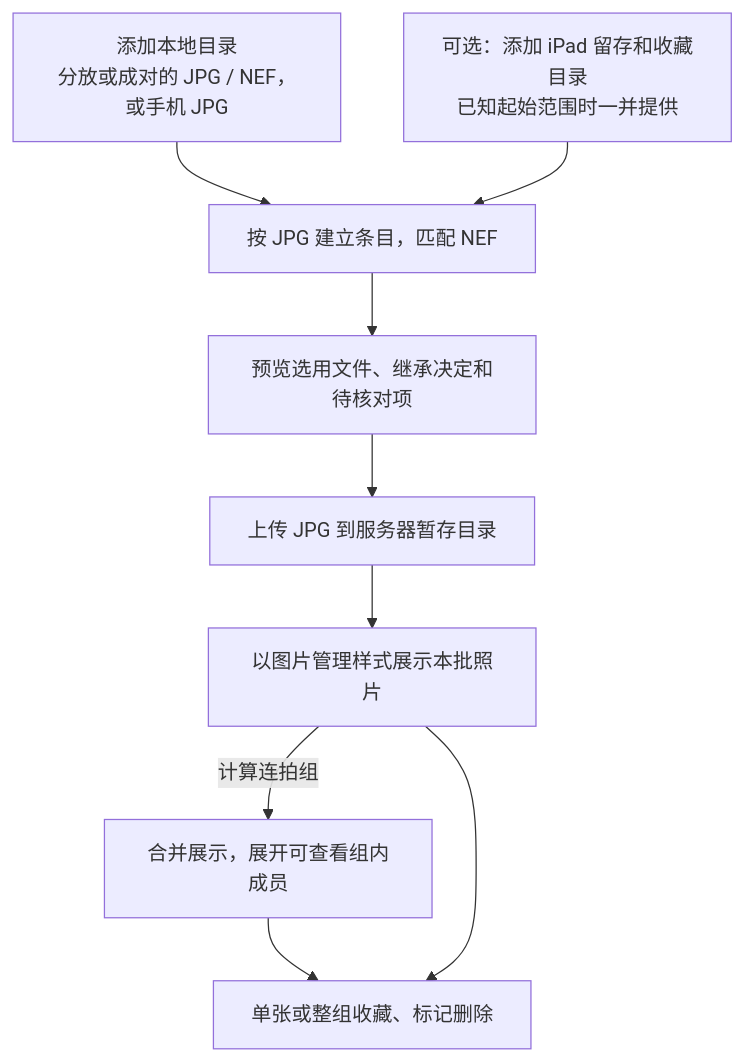
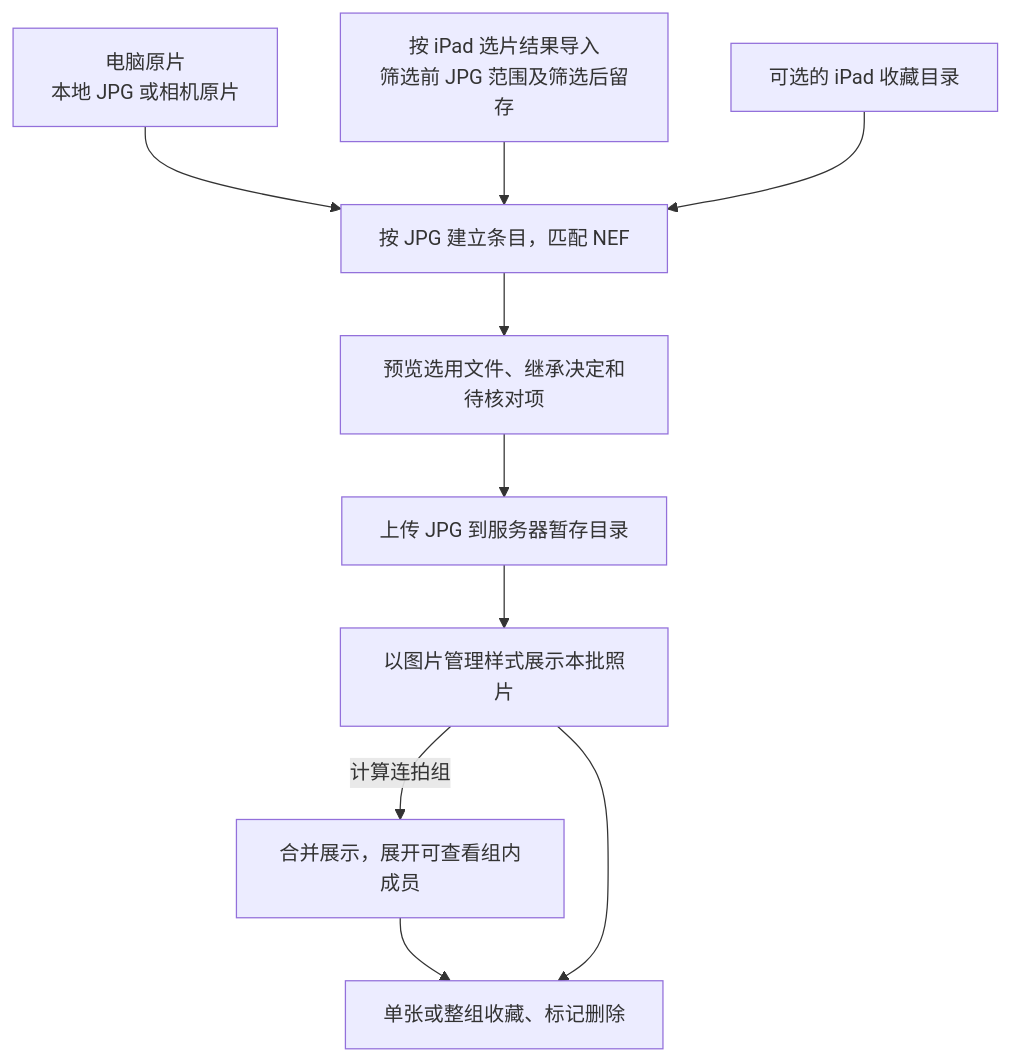
The first of 4 diagrams in docs/design-docs/2026-11-13-1-autocull-import-design.md (pancake-lee/photo-agent), drawn with Mermaid before and after one commit. The commit also changed other lines of this file and 7 other files, not shown here.

````diff
--- a/docs/design-docs/2026-11-13-1-autocull-import-design.md
+++ b/docs/design-docs/2026-11-13-1-autocull-import-design.md
@@ -14,11 +14,12 @@
 ```mermaid
 flowchart TD
-    A["添加本地目录<br/>分放或成对的 JPG / NEF，或手机 JPG"] --> B["按 JPG 建立条目，匹配 NEF"]
-    I["可选：添加 iPad 留存和收藏目录<br/>已知起始范围时一并提供"] --> B
+    A["电脑原片<br/>本地 JPG 或相机原片"] --> B["按 JPG 建立条目，匹配 NEF"]
+    I["按 iPad 选片结果导入<br/>筛选前 JPG 范围及筛选后留存"] --> B
+    K["可选的 iPad 收藏目录"] --> B
     B --> C["预览选用文件、继承决定和待核对项"]
     C --> T["上传 JPG 到服务器暂存目录"]
     T --> D["以图片管理样式展示本批照片"]
     D -->|计算连拍组| E["合并展示，展开可查看组内成员"]
     E --> F["单张或整组收藏、标记删除"]
     D --> F
 ```
````
